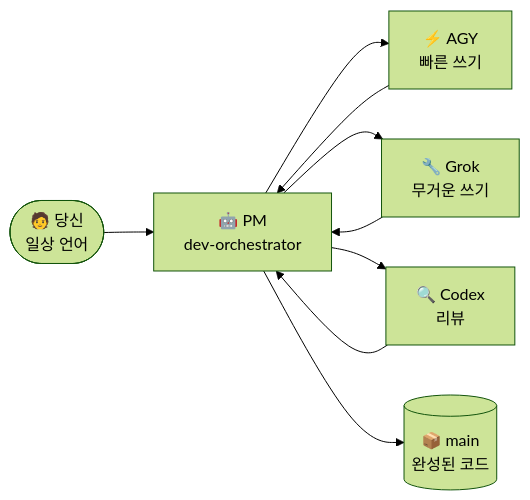
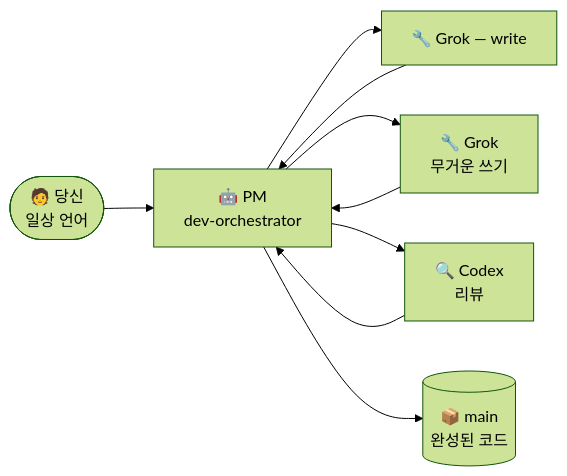
The diagram in docs/BEGINNER.ko.md (VKirill/claude-lane-stack), drawn with Mermaid (forest theme) before and after one commit. The commit also changed other lines of this file and 57 other files, not shown here.

First line of the commit message:
feat(lanes): Grok-only write + progressive MODE defaults

````diff
--- a/docs/BEGINNER.ko.md
+++ b/docs/BEGINNER.ko.md
@@ -20,11 +20,11 @@
 ```mermaid
 flowchart LR
     You(["🧑 당신<br/>일상 언어"]) --> PM["🤖 PM<br/>dev-orchestrator"]
-    PM --> W1["⚡ AGY<br/>빠른 쓰기"]
+    PM --> W1["🔧 Grok — write"]
     PM --> W2["🔧 Grok<br/>무거운 쓰기"]
     PM --> W3["🔍 Codex<br/>리뷰"]
     W1 --> PM
     W2 --> PM
     W3 --> PM
     PM --> Main[("📦 main<br/>완성된 코드")]
 ```
````
